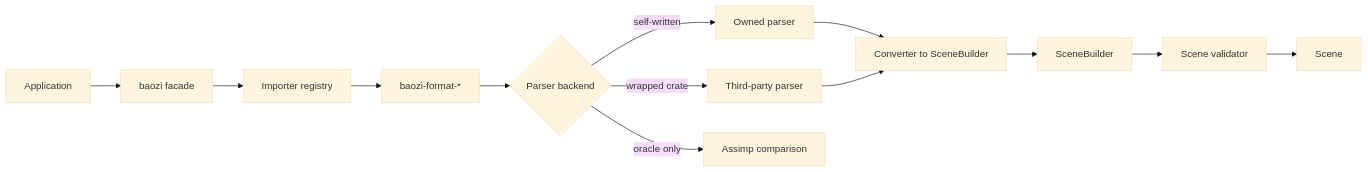
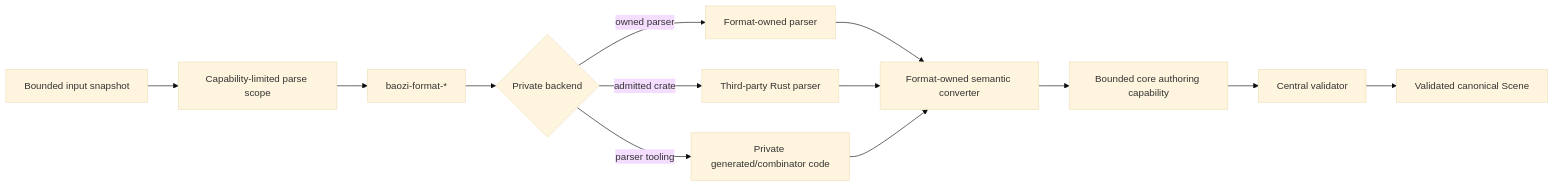
One commit to Latias94/baozi changed the diagram in docs/adr/0004-parser-backend-and-format-coverage-policy.md. Above: the diagram before and after it, drawn with Mermaid (base theme). The commit also changed other lines of this file and 978 other files, not shown here.

First line of the commit message:
refactor: deliver typed scene workflows and bounded imports (#3)

````diff
--- a/docs/adr/0004-parser-backend-and-format-coverage-policy.md
+++ b/docs/adr/0004-parser-backend-and-format-coverage-policy.md
@@ -59,15 +68,15 @@
 ```mermaid
 flowchart LR
-    App[Application] --> Facade[baozi facade]
-    Facade --> Registry[Importer registry]
-    Registry --> FormatCrate[baozi-format-*]
-    FormatCrate --> Backend{Parser backend}
-    Backend -->|self-written| Owned[Owned parser]
-    Backend -->|wrapped crate| ThirdParty[Third-party parser]
-    Backend -->|oracle only| Oracle[Assimp comparison]
-    Owned --> Converter[Converter to SceneBuilder]
-    ThirdParty --> Converter
-    Converter --> Builder[SceneBuilder]
-    Builder --> Validator[Scene validator]
-    Validator --> Scene[Scene]
+    Snapshot[Bounded input snapshot] --> Scope[Capability-limited parse scope]
+    Scope --> Format[baozi-format-*]
+    Format --> Backend{Private backend}
+    Backend -->|owned parser| Owned[Format-owned parser]
+    Backend -->|admitted crate| Dependency[Third-party Rust parser]
+    Backend -->|parser tooling| Tool[Private generated/combinator code]
+    Owned --> Convert[Format-owned semantic converter]
+    Dependency --> Convert
+    Tool --> Convert
+    Convert --> Author[Bounded core authoring capability]
+    Author --> Validate[Central validator]
+    Validate --> Scene[Validated canonical Scene]
 ```
````
